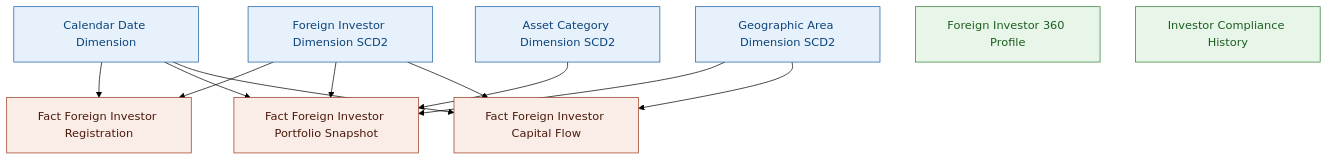
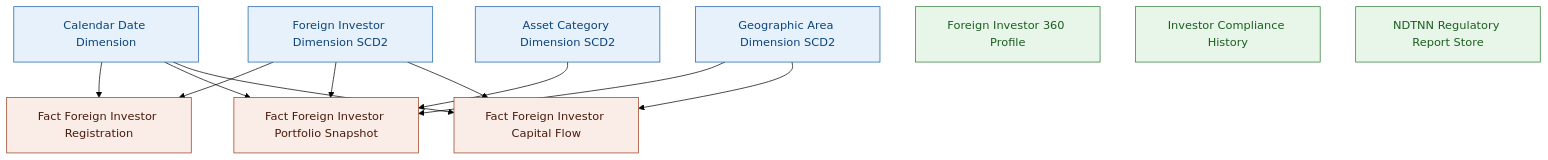
Before and after one commit to linhlvit/ubck_atomic_design: diagram 32 of 32 in Gold/hld/GOLD_NDTNN_HLD.md, drawn with Mermaid (forest theme). The commit also changed other lines of this file and 9 other files, not shown here.

````diff
--- a/Gold/hld/GOLD_NDTNN_HLD.md
+++ b/Gold/hld/GOLD_NDTNN_HLD.md
@@ -1298,30 +1551,31 @@
 ```mermaid
 graph TB
     classDef dim fill:#E6F1FB,stroke:#185FA5,color:#0C447C
     classDef fact fill:#FAECE7,stroke:#993C1D,color:#4A1B0C
     classDef oper fill:#E8F5E9,stroke:#2E7D32,color:#1B5E20
 
     DIM_DATE["Calendar Date Dimension"]:::dim
     DIM_INVESTOR["Foreign Investor Dimension SCD2"]:::dim
     DIM_GEO["Geographic Area Dimension SCD2"]:::dim
     DIM_ASSET["Asset Category Dimension SCD2"]:::dim
 
     FACT_REG["Fact Foreign Investor Registration"]:::fact
     FACT_PORT["Fact Foreign Investor Portfolio Snapshot"]:::fact
     FACT_FLOW["Fact Foreign Investor Capital Flow"]:::fact
 
     OPR_PROFILE["Foreign Investor 360 Profile"]:::oper
     OPR_COMPLY["Investor Compliance History"]:::oper
+    OPR_REPORT["NDTNN Regulatory Report Store"]:::oper
 
     DIM_DATE --> FACT_REG
     DIM_INVESTOR --> FACT_REG
 
     DIM_DATE --> FACT_PORT
     DIM_INVESTOR --> FACT_PORT
     DIM_GEO --> FACT_PORT
     DIM_ASSET --> FACT_PORT
 
     DIM_DATE --> FACT_FLOW
     DIM_INVESTOR --> FACT_FLOW
     DIM_GEO --> FACT_FLOW
 ```
````
